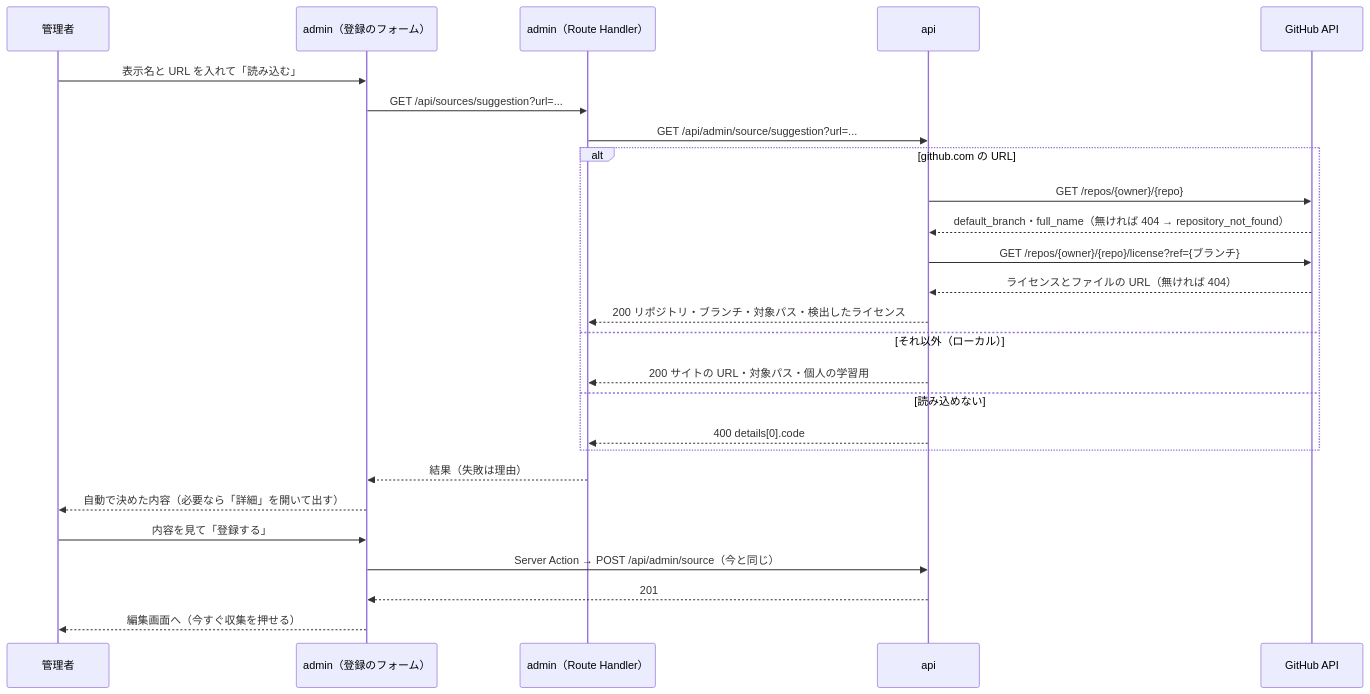
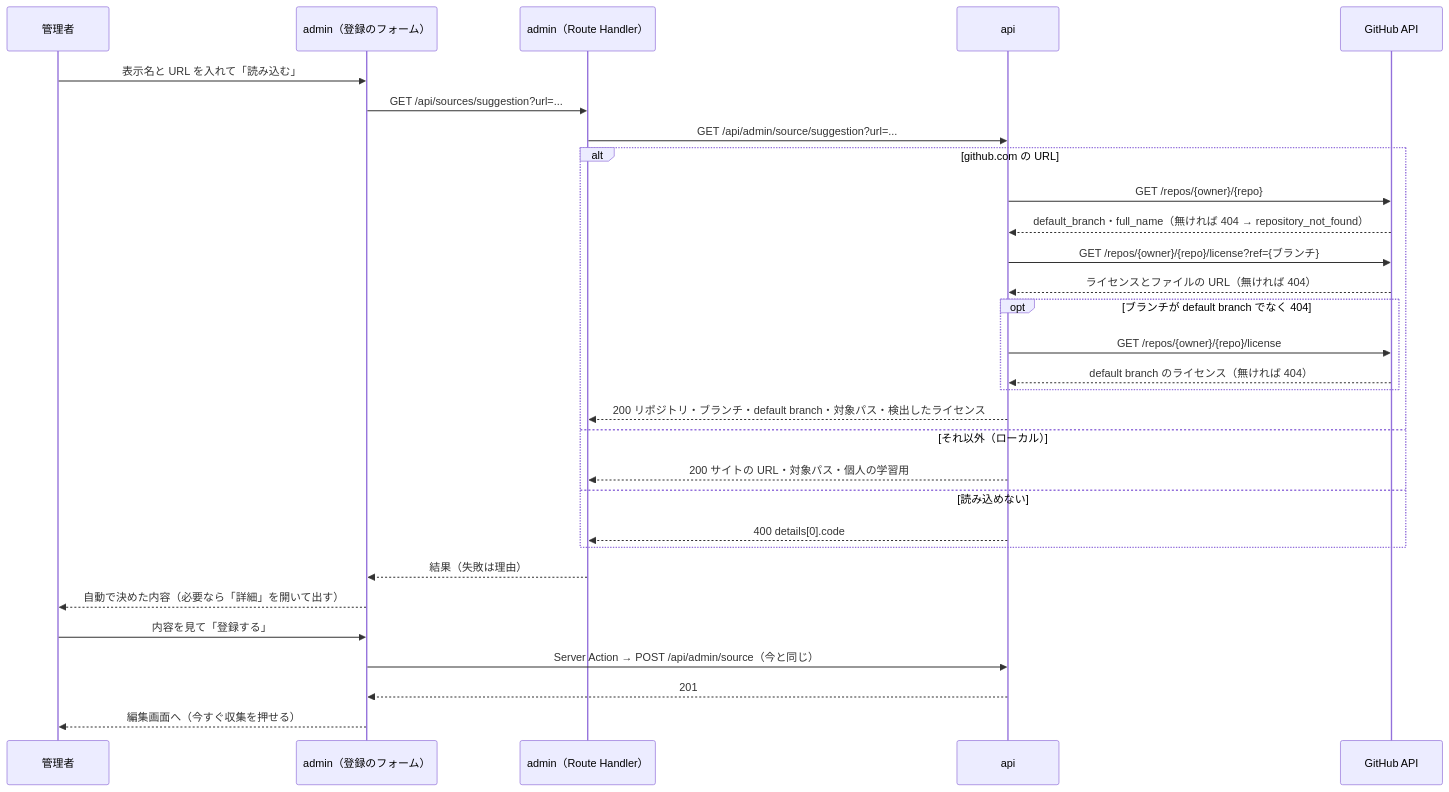
One commit to kentakki416/tech-english changed the diagram in docs/spec/source-registration-by-url/README.md. Above: the diagram before and after it, drawn with Mermaid. The commit also changed other lines of this file and 2 other files, not shown here.

Commit message:
docs(spec): pr-review（#98）の指摘を直す（proxy の 401 で理由が出ないのを status で分け、default branch でないブランチは画面に出してライセンスは default branch を見直し、サイトのライセンスの URL の既定と github-only-collection・content-collection の書き換えを足し、Route Handler にする理由・エラーコードの名前・取得方法の表示名・glob の特殊文字・リンク・dev ログインの手順を直す）

````diff
--- a/docs/spec/source-registration-by-url/README.md
+++ b/docs/spec/source-registration-by-url/README.md
@@ -212,29 +222,33 @@
 ```mermaid
 sequenceDiagram
     participant A as 管理者
     participant F as admin（登録のフォーム）
     participant R as admin（Route Handler）
     participant API as api
     participant GH as GitHub API
 
     A->>F: 表示名と URL を入れて「読み込む」
     F->>R: GET /api/sources/suggestion?url=...
     R->>API: GET /api/admin/source/suggestion?url=...
     alt github.com の URL
         API->>GH: GET /repos/{owner}/{repo}
         GH-->>API: default_branch・full_name（無ければ 404 → repository_not_found）
         API->>GH: GET /repos/{owner}/{repo}/license?ref={ブランチ}
         GH-->>API: ライセンスとファイルの URL（無ければ 404）
-        API-->>R: 200 リポジトリ・ブランチ・対象パス・検出したライセンス
+        opt ブランチが default branch でなく 404
+            API->>GH: GET /repos/{owner}/{repo}/license
+            GH-->>API: default branch のライセンス（無ければ 404）
+        end
+        API-->>R: 200 リポジトリ・ブランチ・default branch・対象パス・検出したライセンス
     else それ以外（ローカル）
         API-->>R: 200 サイトの URL・対象パス・個人の学習用
     else 読み込めない
         API-->>R: 400 details[0].code
     end
     R-->>F: 結果（失敗は理由）
     F-->>A: 自動で決めた内容（必要なら「詳細」を開いて出す）
     A->>F: 内容を見て「登録する」
     F->>API: Server Action → POST /api/admin/source（今と同じ）
     API-->>F: 201
     F-->>A: 編集画面へ（今すぐ収集を押せる）
 ```
````
